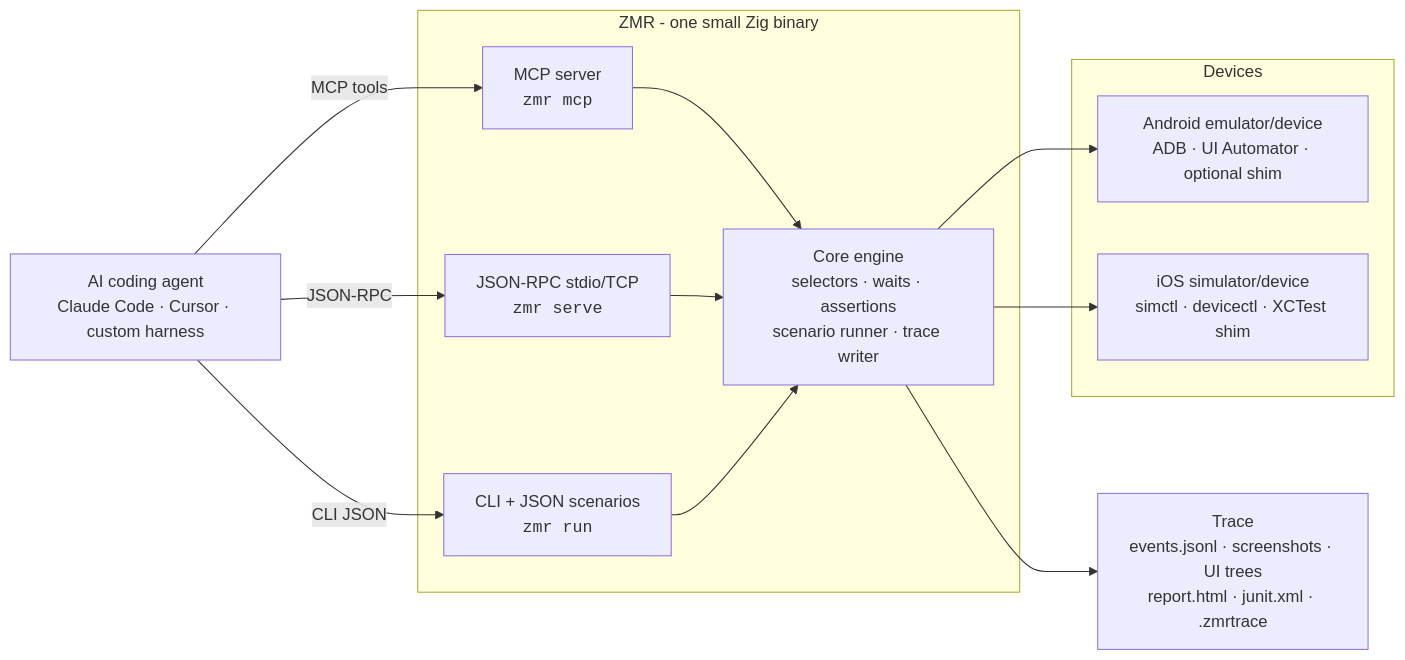
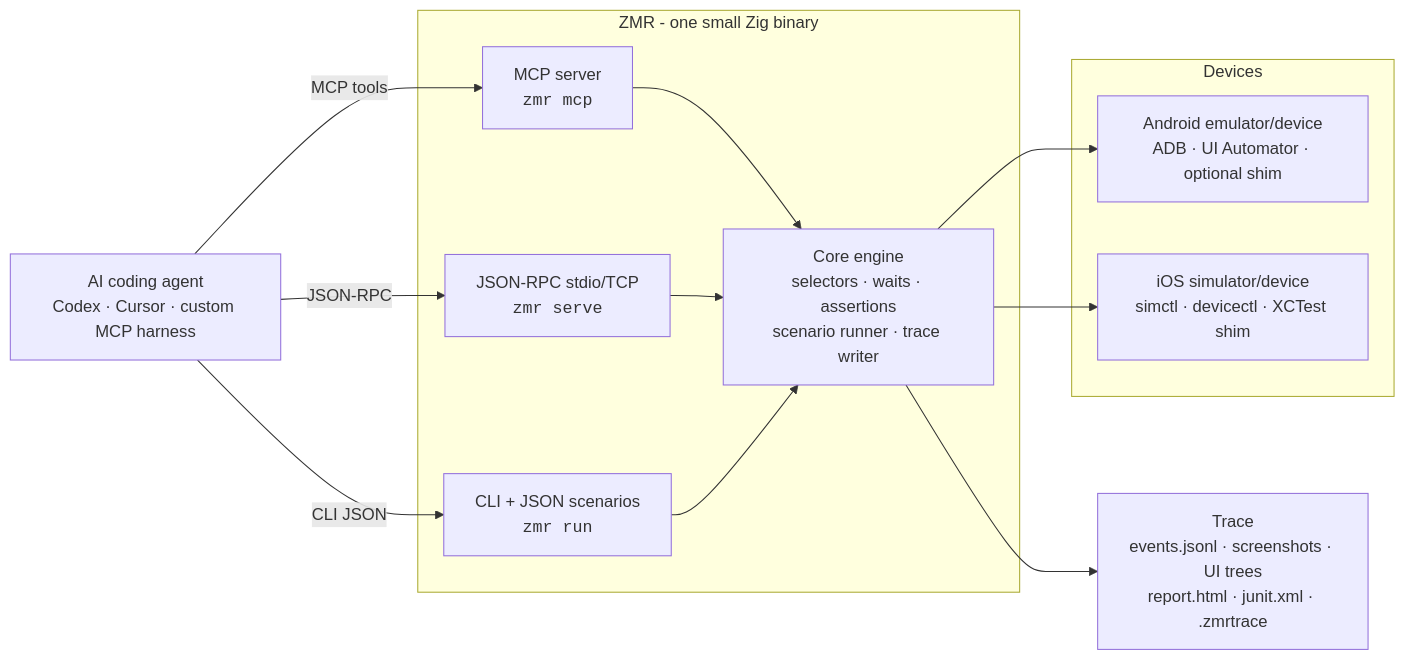
One commit to johnmikel/zeno-mobile-runner changed the first of 2 diagrams in README.md. Above: the diagram before and after it, drawn with Mermaid. The commit also changed other lines of this file and 18 other files, not shown here.

````diff
--- a/README.md
+++ b/README.md
@@ -43,24 +43,24 @@
 ```mermaid
 flowchart LR
-    A["AI coding agent<br/>Claude Code · Cursor · custom harness"]
+    A["AI coding agent<br/>Codex · Cursor · custom MCP harness"]
     subgraph zmr["ZMR - one small Zig binary"]
         MCP["MCP server<br/><code>zmr mcp</code>"]
         RPC["JSON-RPC stdio/TCP<br/><code>zmr serve</code>"]
         CLI["CLI + JSON scenarios<br/><code>zmr run</code>"]
         CORE["Core engine<br/>selectors · waits · assertions<br/>scenario runner · trace writer"]
         MCP --> CORE
         RPC --> CORE
         CLI --> CORE
     end
     subgraph devices["Devices"]
         AND["Android emulator/device<br/>ADB · UI Automator · optional shim"]
         IOS["iOS simulator/device<br/>simctl · devicectl · XCTest shim"]
     end
     TRACE["Trace<br/>events.jsonl · screenshots · UI trees<br/>report.html · junit.xml · .zmrtrace"]
     A -- "MCP tools" --> MCP
     A -- "JSON-RPC" --> RPC
     A -- "CLI JSON" --> CLI
     CORE --> AND
     CORE --> IOS
     CORE --> TRACE
 ```
````
